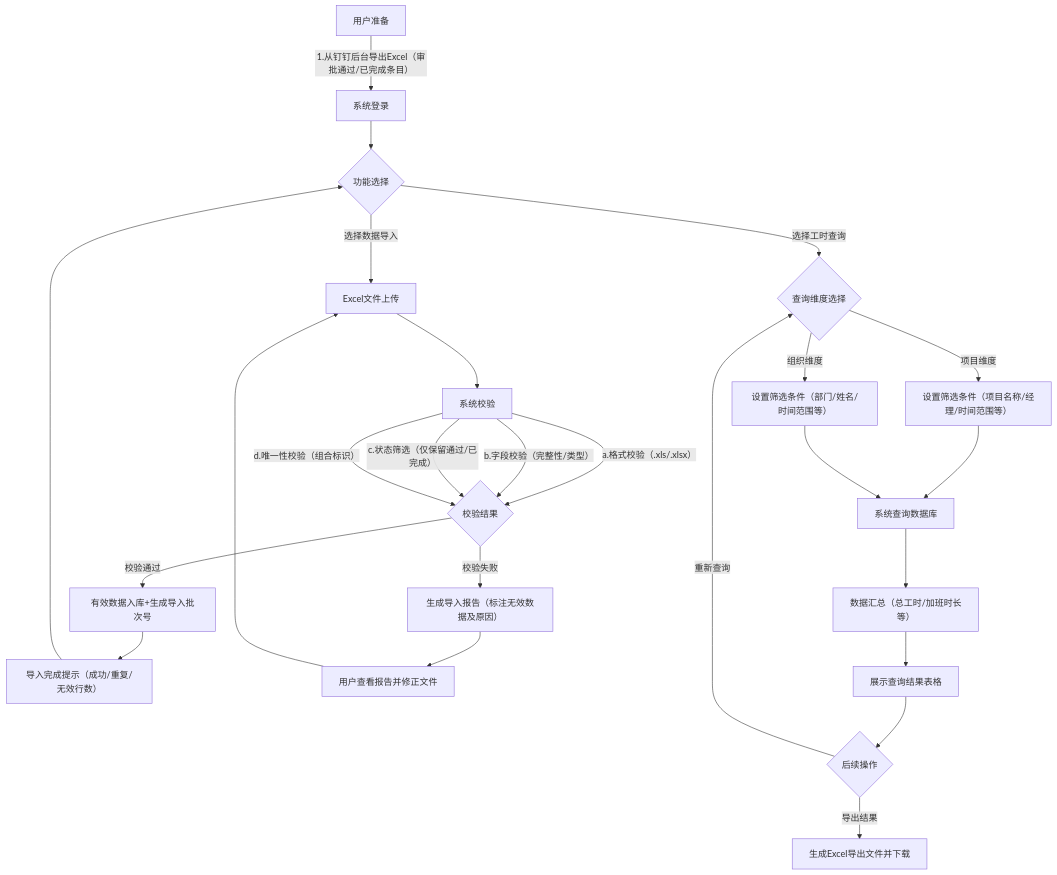
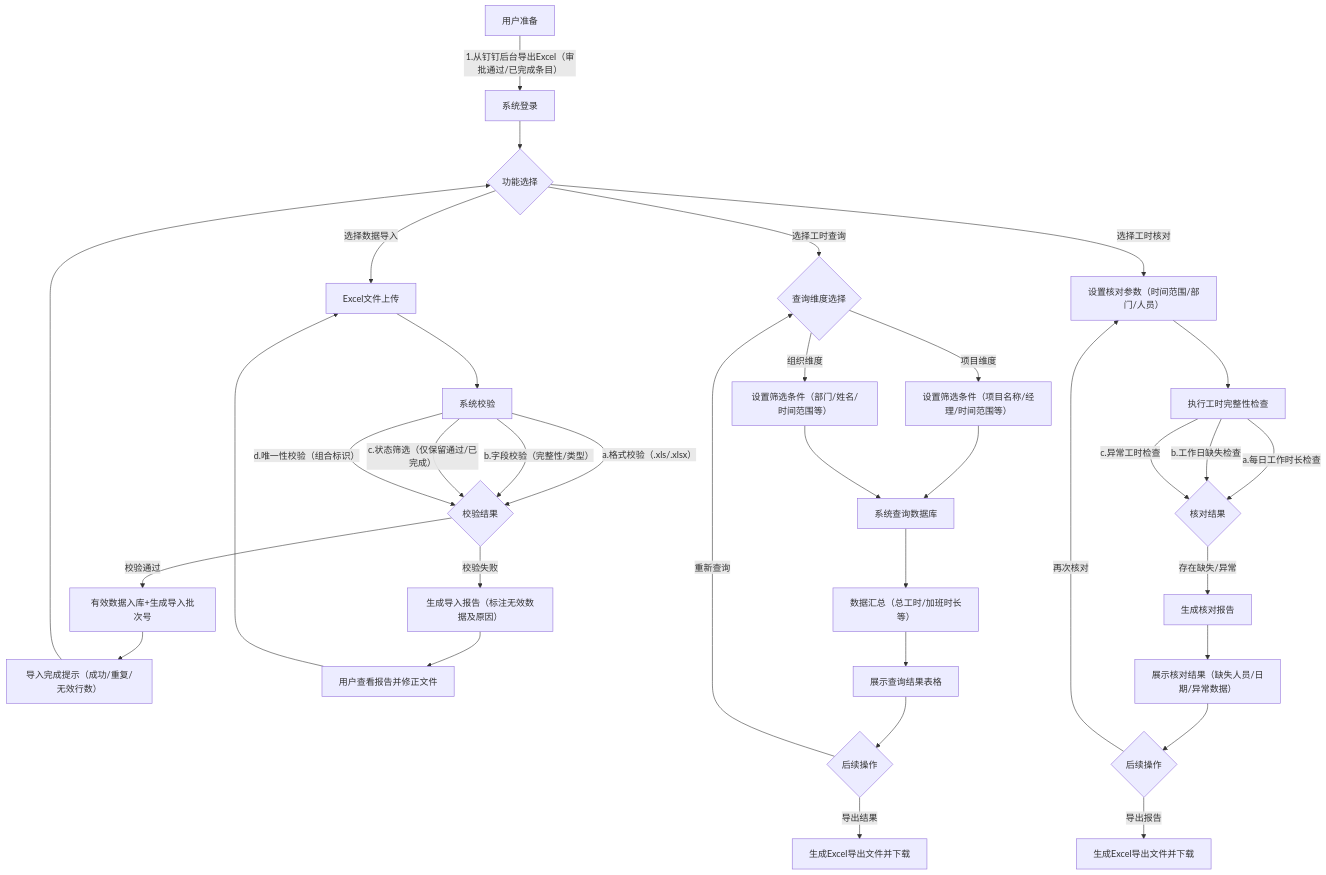
Before and after one commit to 9dragon/workinghour: the first of 3 diagrams in requirements/需求规格书.md, drawn with Mermaid. The commit also changed other lines of this file and 32 other files, not shown here.

````diff
--- a/requirements/需求规格书.md
+++ b/requirements/需求规格书.md
@@ -58,27 +65,39 @@
 ```mermaid
 graph TD
     A[用户准备] -->|1.从钉钉后台导出Excel（审批通过/已完成条目）| B[系统登录]
     B --> C{功能选择}
     C -->|选择数据导入| D[Excel文件上传]
     D --> E[系统校验]
     E -->|a.格式校验（.xls/.xlsx）| F{校验结果}
     E -->|b.字段校验（完整性/类型）| F
     E -->|c.状态筛选（仅保留通过/已完成）| F
     E -->|d.唯一性校验（组合标识）| F
     F -->|校验通过| G[有效数据入库+生成导入批次号]
     F -->|校验失败| H[生成导入报告（标注无效数据及原因）]
     G --> I[导入完成提示（成功/重复/无效行数）]
     H --> J[用户查看报告并修正文件]
     J --> D
+    I --> C
+
     C -->|选择工时查询| K{查询维度选择}
     K -->|项目维度| L[设置筛选条件（项目名称/经理/时间范围等）]
     K -->|组织维度| M[设置筛选条件（部门/姓名/时间范围等）]
     L --> N[系统查询数据库]
     M --> N
     N --> O[数据汇总（总工时/加班时长等）]
     O --> P[展示查询结果表格]
     P --> Q{后续操作}
     Q -->|导出结果| R[生成Excel导出文件并下载]
     Q -->|重新查询| K
-    I --> C
+
+    C -->|选择工时核对| S[设置核对参数（时间范围/部门/人员）]
+    S --> T[执行工时完整性检查]
+    T -->|a.每日工作时长检查| U{核对结果}
+    T -->|b.工作日缺失检查| U
+    T -->|c.异常工时检查| U
+    U -->|存在缺失/异常| V[生成核对报告]
+    V --> W[展示核对结果（缺失人员/日期/异常数据）]
+    W --> X{后续操作}
+    X -->|导出报告| Y[生成Excel导出文件并下载]
+    X -->|再次核对| S
 ```
````
